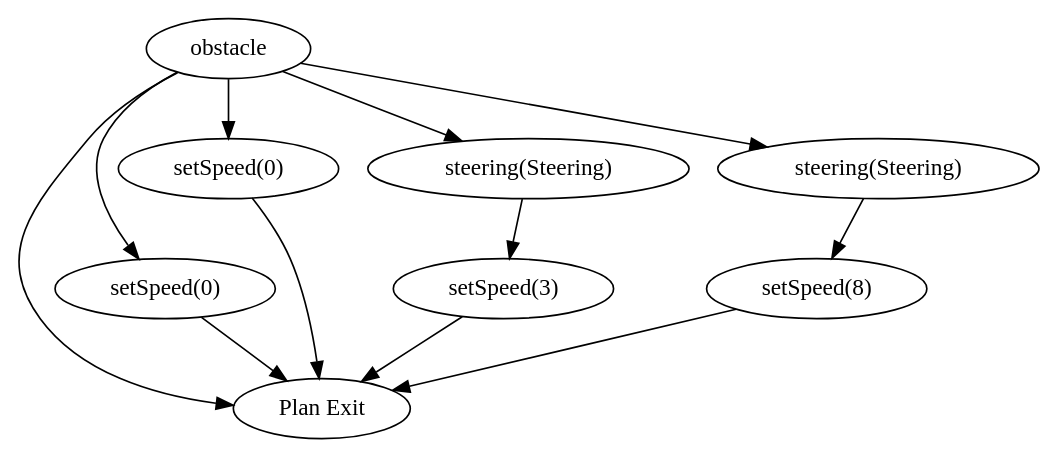
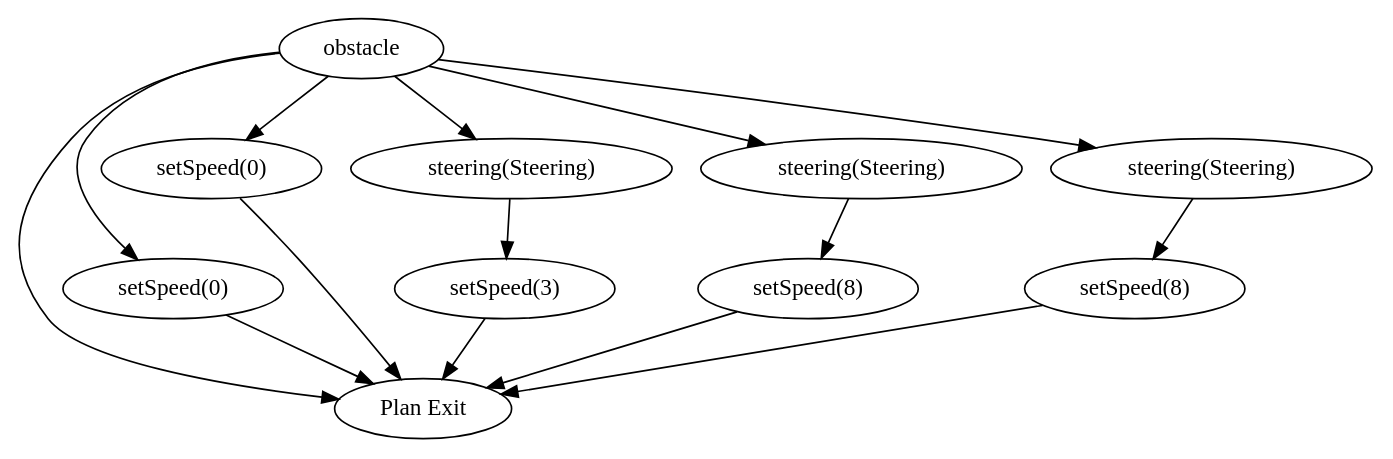
The diagram in testCases/expectedOutput/case3_obstacle.gv (NMAI-lab/AgentSpeakProperties), drawn with Graphviz before and after one commit. The commit also changed 3 other files, not shown here.

```diff
--- a/testCases/expectedOutput/case3_obstacle.gv
+++ b/testCases/expectedOutput/case3_obstacle.gv
@@ -1,22 +1,27 @@
 // obstacle
 digraph {
 	0 [label=obstacle]
 	-1 [label="Plan Exit"]
 	0 -> -1
 	1 [label="setSpeed(0)"]
 	0 -> 1
 	1 -> -1
 	2 [label="setSpeed(0)"]
 	0 -> 2
 	2 -> -1
 	3 [label="steering(Steering)"]
 	0 -> 3
 	4 [label="setSpeed(3)"]
 	3 -> 4
 	4 -> -1
 	5 [label="steering(Steering)"]
 	0 -> 5
 	6 [label="setSpeed(8)"]
 	5 -> 6
 	6 -> -1
+	7 [label="steering(Steering)"]
+	0 -> 7
+	8 [label="setSpeed(8)"]
+	7 -> 8
+	8 -> -1
 }
```
